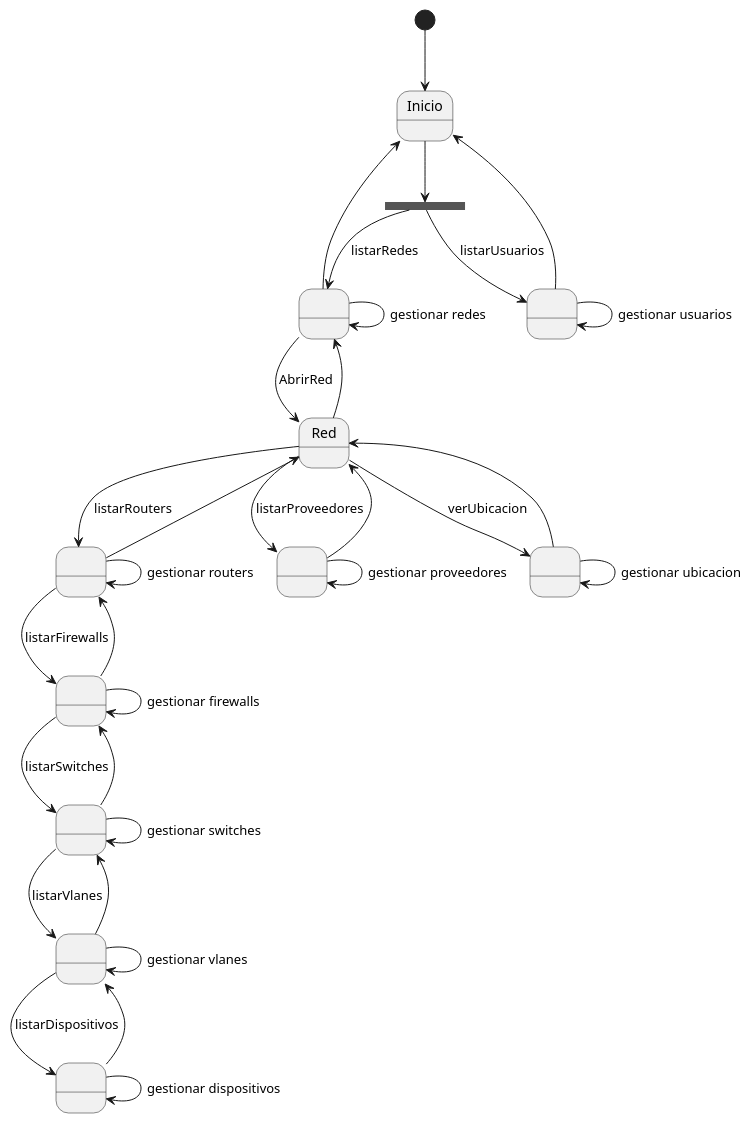
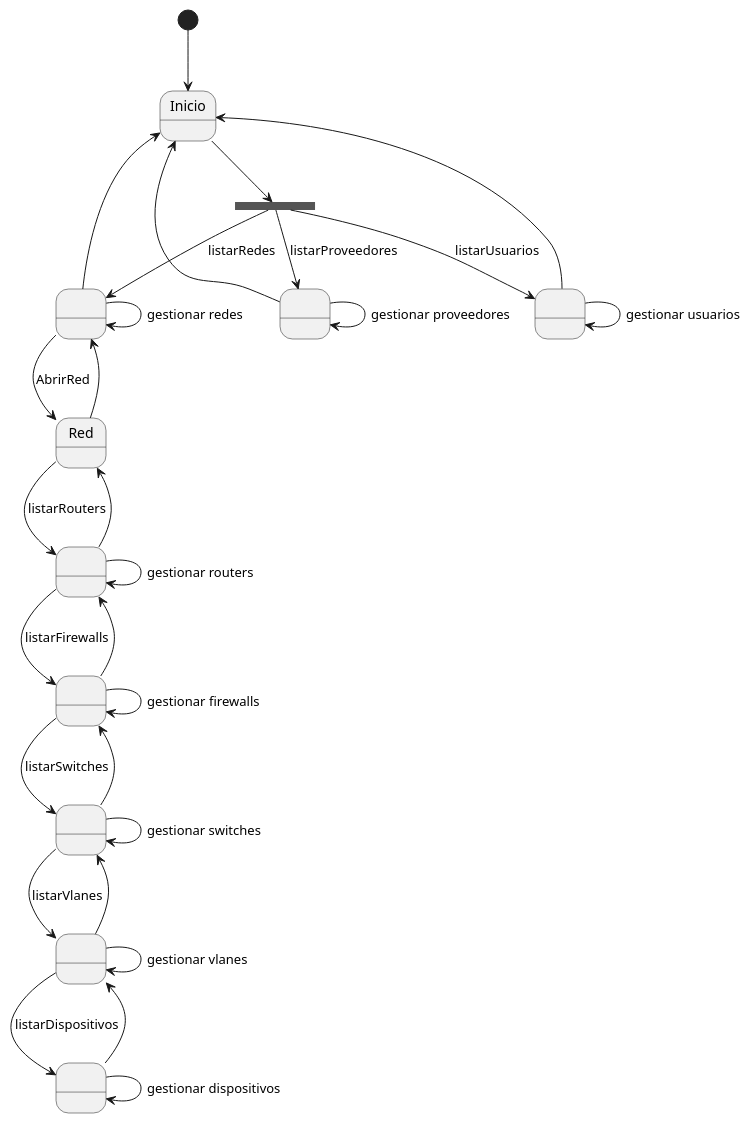
Before and after one commit to mmasias/IdSw1-22-23: the diagram in 000-entregas/diagramaDeEstados/DiagramaEstados.plantuml, drawn with PlantUML. The commit also changed 26 other files, not shown here.

Commit message:
Mockups y actualizacion de diagramas

```diff
--- a/000-entregas/diagramaDeEstados/DiagramaEstados.plantuml
+++ b/000-entregas/diagramaDeEstados/DiagramaEstados.plantuml
@@ -1,64 +1,57 @@
 @startuml DiagramaDeEstados
 
 state fork_state <<fork>>
 
 state NONAME_REDES as " "
 state NONAME_USUARIOS as " "
 state NONAME_DISPOSITIVOS as " "
 state NONAME_ROUTERS as " "
 state NONAME_PROVEEDORES as " "
 state NONAME_SWITCHES as " "
-state NONAME_UBICACION as " "
 state NONAME_VLANES as " "
 state NONAME_FIREWALL as " "
 
 [*] --> Inicio
 Inicio --> fork_state
 
 'Usuarios
 fork_state --> NONAME_USUARIOS: listarUsuarios
 NONAME_USUARIOS --> NONAME_USUARIOS: gestionar usuarios
 NONAME_USUARIOS -up-> Inicio
+'Proveedores
+fork_state --> NONAME_PROVEEDORES: listarProveedores
+NONAME_PROVEEDORES --> NONAME_PROVEEDORES: gestionar proveedores
+NONAME_PROVEEDORES -up-> Inicio
 'Redes
 fork_state --> NONAME_REDES: listarRedes
 NONAME_REDES --> NONAME_REDES: gestionar redes
 NONAME_REDES --> Red: AbrirRed
 NONAME_REDES <-r- Red
 NONAME_REDES -up-> Inicio
-
-'Proveedores
-Red --> NONAME_PROVEEDORES: listarProveedores
-NONAME_PROVEEDORES --> NONAME_PROVEEDORES: gestionar proveedores 
-NONAME_PROVEEDORES --> Red
-
-'Ubicacion
-Red --> NONAME_UBICACION: verUbicacion
-NONAME_UBICACION --> NONAME_UBICACION: gestionar ubicacion 
-NONAME_UBICACION --> Red
 
 'Routers
 Red --> NONAME_ROUTERS: listarRouters
 NONAME_ROUTERS --> NONAME_ROUTERS: gestionar routers 
 NONAME_ROUTERS --> Red
 
 'Firewall
 NONAME_ROUTERS --> NONAME_FIREWALL: listarFirewalls
 NONAME_FIREWALL --> NONAME_FIREWALL: gestionar firewalls 
 NONAME_FIREWALL --> NONAME_ROUTERS
 
 'Switches
 NONAME_FIREWALL --> NONAME_SWITCHES: listarSwitches
 NONAME_SWITCHES --> NONAME_SWITCHES: gestionar switches 
 NONAME_SWITCHES --> NONAME_FIREWALL
 
 'Vlanes
 NONAME_SWITCHES --> NONAME_VLANES: listarVlanes
 NONAME_VLANES --> NONAME_VLANES: gestionar vlanes 
 NONAME_VLANES --> NONAME_SWITCHES
 
 'Dispositivos
 NONAME_VLANES --> NONAME_DISPOSITIVOS: listarDispositivos
 NONAME_DISPOSITIVOS --> NONAME_DISPOSITIVOS: gestionar dispositivos 
 NONAME_DISPOSITIVOS --> NONAME_VLANES
 
 @enduml
```
